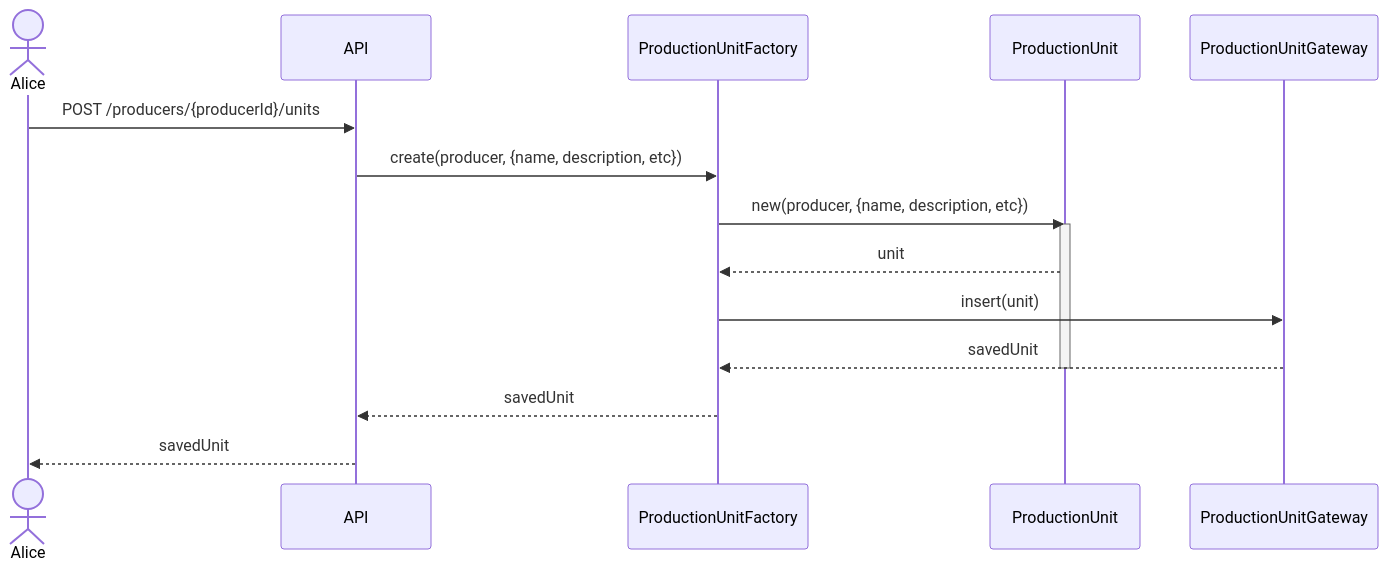
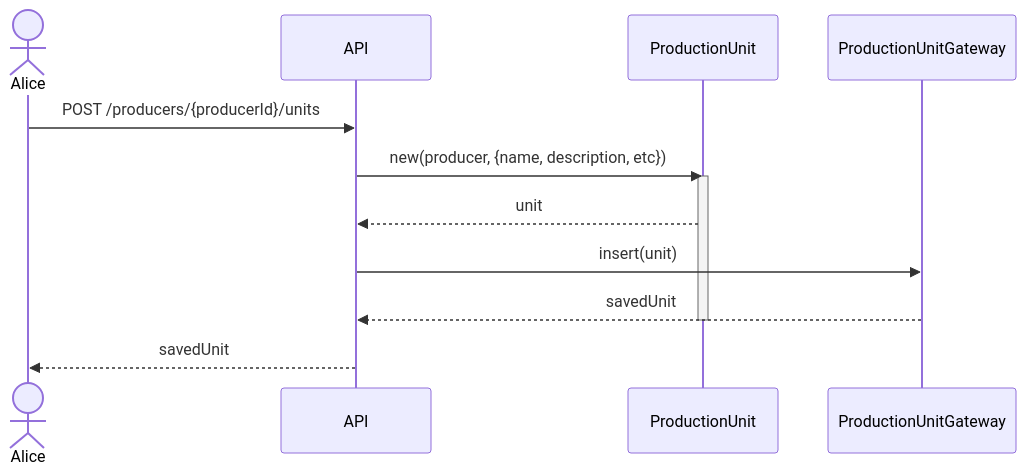
Diagram 19 of 32 in sequence.md (hivetown/planning), drawn with Mermaid before and after one commit. The commit also changed other lines of this file, not shown here.

````diff
--- a/sequence.md
+++ b/sequence.md
@@ -754,23 +738,19 @@
 ```mermaid
 sequenceDiagram
     actor A as Alice
     participant API as API
-    participant PUF as ProductionUnitFactory
     participant PU as ProductionUnit
     participant PUG as ProductionUnitGateway
 
     A ->> API: POST /producers/{producerId}/units
 
-    API ->> PUF: create(producer, {name, description, etc})
+    API ->> PU: new(producer, {name, description, etc})
+    activate PU
+    PU -->> API: unit
 
-    PUF ->> PU: new(producer, {name, description, etc})
-    activate PU
-    PU -->> PUF: unit
-
-    PUF ->> PUG: insert(unit)
-    PUG -->> PUF: savedUnit
+    API ->> PUG: insert(unit)
+    PUG -->> API: savedUnit
     deactivate PU
 
-    PUF -->> API: savedUnit
     API -->> A: savedUnit
 ```
````
